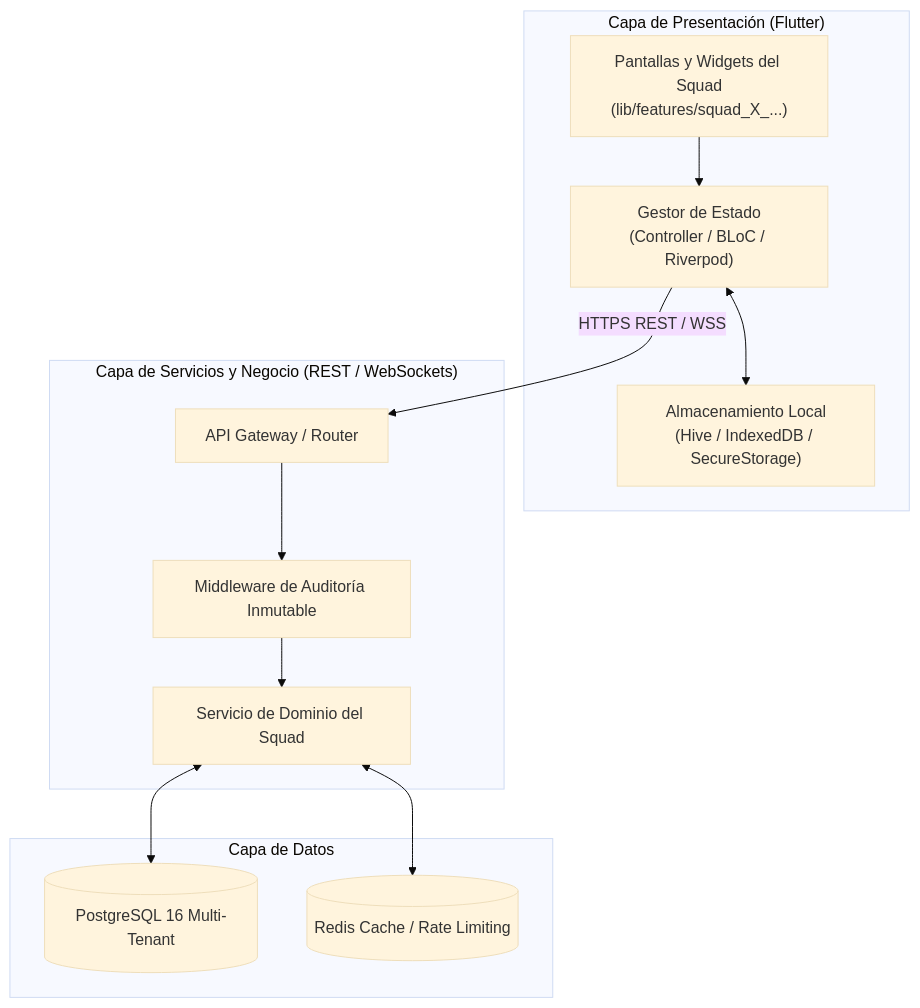
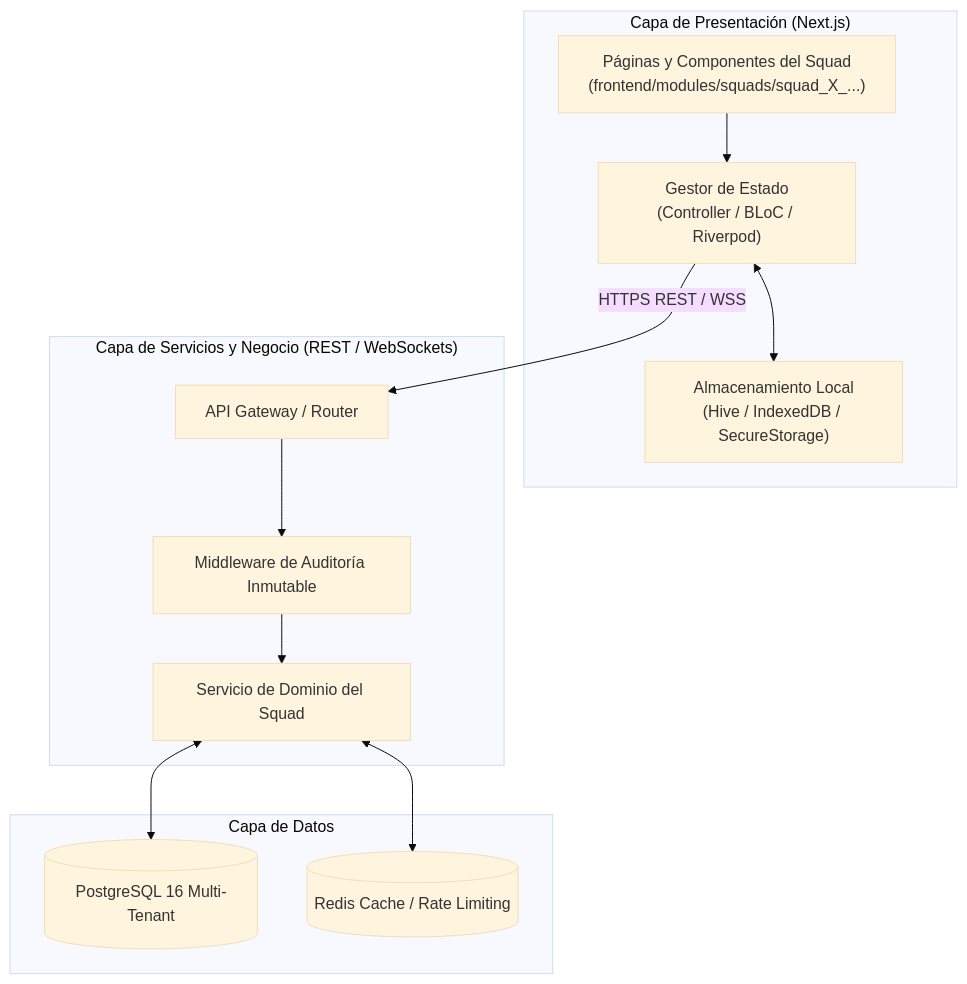
Before and after one commit to Eduardo-Sebastian-Paipay-Vega/school-management-system: the first of 2 diagrams in .agents/skills/sdd-authoring/resources/plantilla_sdd.md, drawn with Mermaid (base theme). The commit also changed other lines of this file and 38 other files, not shown here.

````diff
--- a/.agents/skills/sdd-authoring/resources/plantilla_sdd.md
+++ b/.agents/skills/sdd-authoring/resources/plantilla_sdd.md
@@ -45,27 +45,27 @@
 ```mermaid
 flowchart TD
-    subgraph Frontend["Capa de Presentación (Flutter)"]
-        UI["Pantallas y Widgets del Squad<br/>(lib/features/squad_X_...)"]
+    subgraph Frontend["Capa de Presentación (Next.js)"]
+        UI["Páginas y Componentes del Squad<br/>(frontend/modules/squads/squad_X_...)"]
         Controller["Gestor de Estado<br/>(Controller / BLoC / Riverpod)"]
         LocalStore["Almacenamiento Local<br/>(Hive / IndexedDB / SecureStorage)"]
     end
 
     subgraph Backend["Capa de Servicios y Negocio (REST / WebSockets)"]
         Gateway["API Gateway / Router"]
         Service["Servicio de Dominio del Squad"]
         Audit["Middleware de Auditoría Inmutable"]
     end
 
     subgraph Persistencia["Capa de Datos"]
         DB[(PostgreSQL 16 Multi-Tenant)]
         Cache[(Redis Cache / Rate Limiting)]
     end
 
     UI --> Controller
     Controller <--> LocalStore
     Controller -->|HTTPS REST / WSS| Gateway
     Gateway --> Audit
     Audit --> Service
     Service <--> DB
     Service <--> Cache
 ```
````
